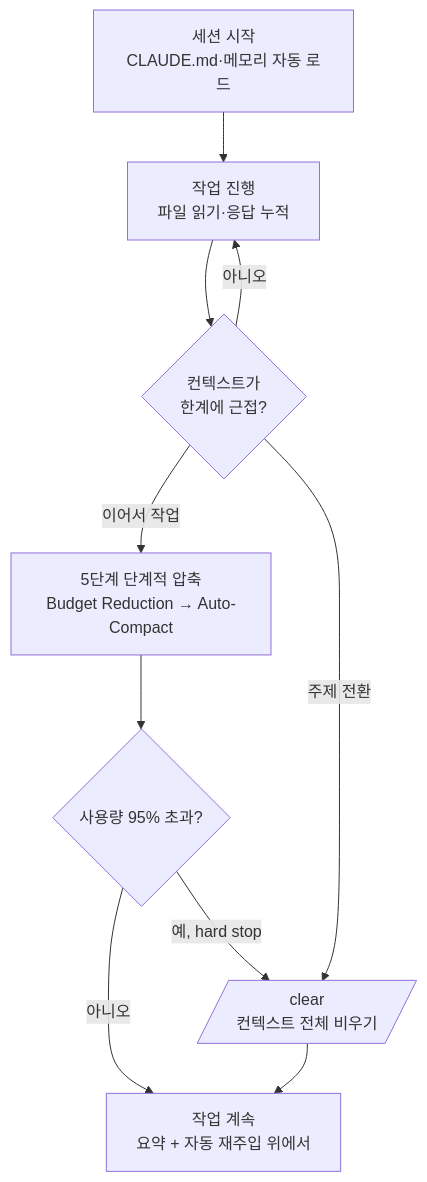
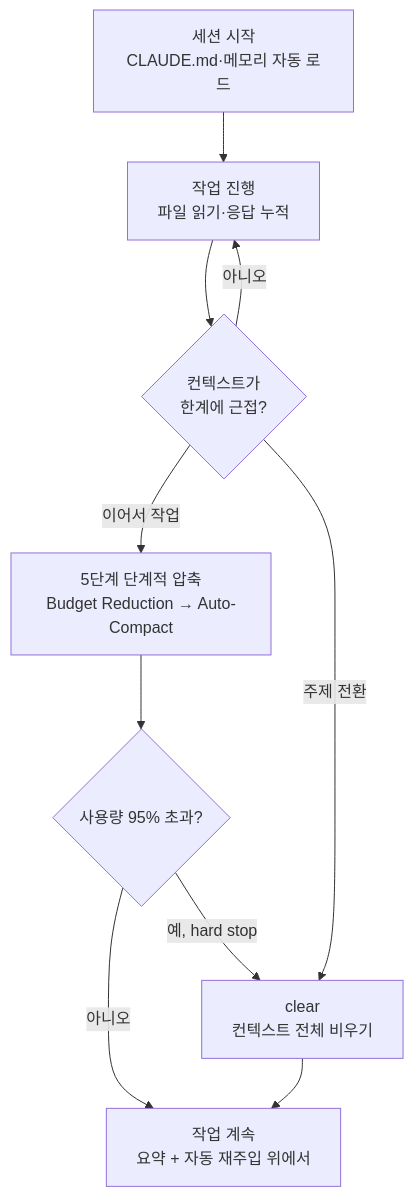
One commit to modu-ai/moai-adk changed the diagram in docs-site/content/ko/claude-code/context-memory/context-window.md. Above: the diagram before and after it, drawn with Mermaid. The commit also changed 86 other files, not shown here.

First line of the commit message:
docs(ossdocs): v3.1.1 doc-gap landing — 13-page x4-locale + mermaid fixes + version sync + backend-mix

````diff
--- a/docs-site/content/ko/claude-code/context-memory/context-window.md
+++ b/docs-site/content/ko/claude-code/context-memory/context-window.md
@@ -111,12 +111,12 @@
 ```mermaid
 flowchart TD
     A[세션 시작<br>CLAUDE.md·메모리 자동 로드] --> B[작업 진행<br>파일 읽기·응답 누적]
     B --> C{컨텍스트가<br>한계에 근접?}
     C -->|아니오| B
     C -->|이어서 작업| D[5단계 단계적 압축<br>Budget Reduction → Auto-Compact]
-    C -->|주제 전환| E[/clear<br>컨텍스트 전체 비우기/]
+    C -->|주제 전환| E["clear<br>컨텍스트 전체 비우기"]
     D --> F{사용량 95% 초과?}
     F -->|아니오| G[작업 계속<br>요약 + 자동 재주입 위에서]
     F -->|예, hard stop| E
     E --> G
 ```
````
